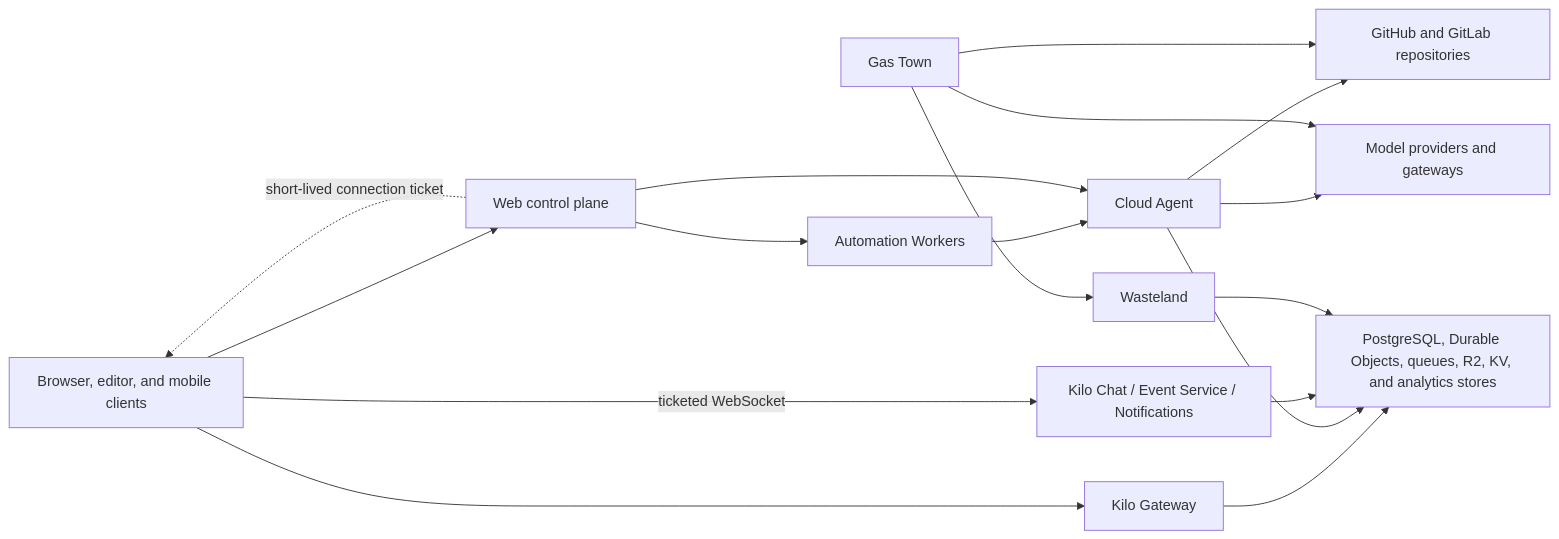
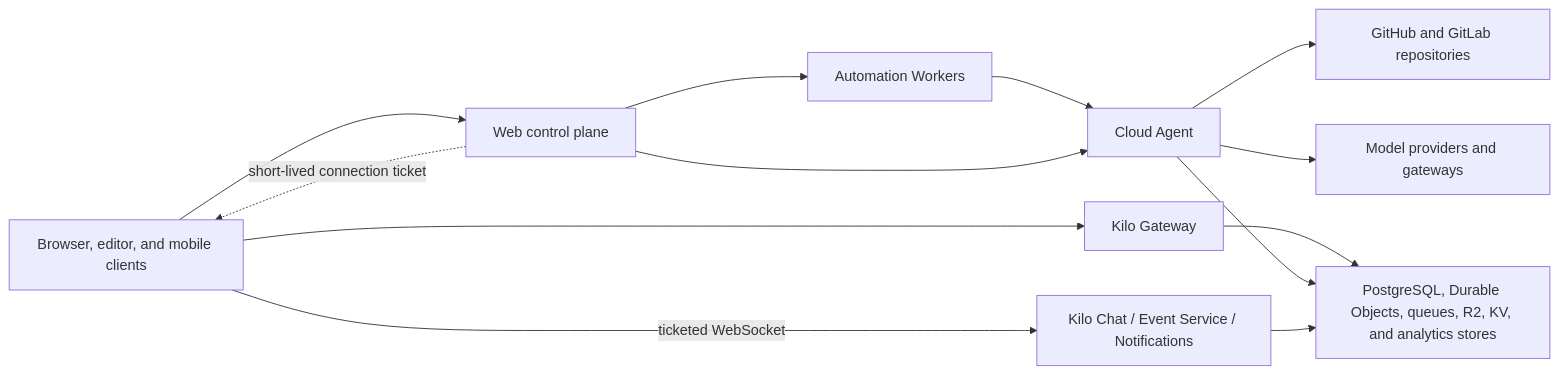
The first of 4 diagrams in packages/kilo-docs/pages/contributing/architecture/cloud-platform.md (Kilo-Org/kilocode), drawn with Mermaid before and after one commit. The commit also changed other lines of this file and 34 other files, not shown here.

First line of the commit message:
docs: remove Gas Town documentation

````diff
--- a/packages/kilo-docs/pages/contributing/architecture/cloud-platform.md
+++ b/packages/kilo-docs/pages/contributing/architecture/cloud-platform.md
@@ -45,30 +45,24 @@
 ```mermaid
 flowchart LR
   clients["Browser, editor, and mobile clients"]
   web["Web control plane"]
   gateway["Kilo Gateway"]
   automation["Automation Workers"]
   agent["Cloud Agent"]
   chat["Kilo Chat / Event Service / Notifications"]
-  town["Gas Town"]
-  wasteland["Wasteland"]
   repos["GitHub and GitLab repositories"]
   providers["Model providers and gateways"]
   stores["PostgreSQL, Durable Objects, queues, R2, KV, and analytics stores"]
 
   clients --> web
   clients --> gateway
   web -. "short-lived connection ticket" .-> clients
   clients -->|"ticketed WebSocket"| chat
   web --> automation --> agent
   web --> agent
   agent --> repos
   agent --> providers
-  town --> repos
-  town --> providers
-  town --> wasteland
   gateway --> stores
   agent --> stores
   chat --> stores
-  wasteland --> stores
 ```
````
